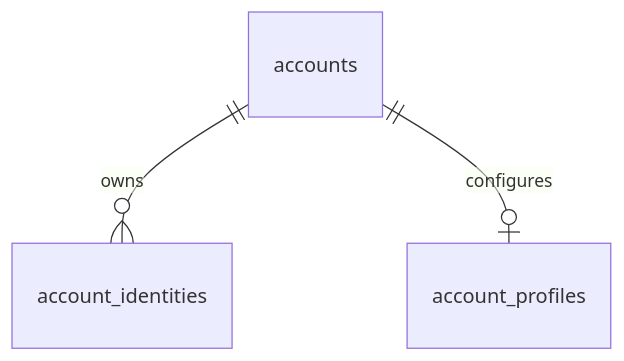
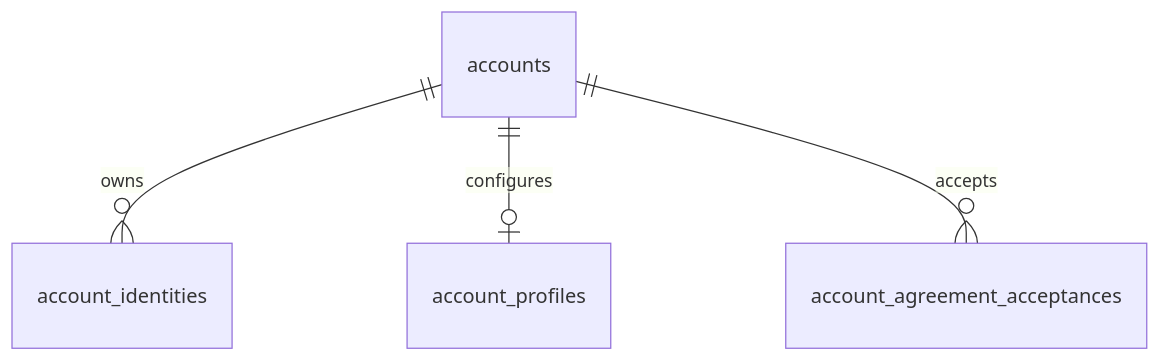
One commit to kkyosuke/me-builder changed the third of 4 diagrams in docs/architecture/account-data-isolation.md. Above: the diagram before and after it, drawn with Mermaid. The commit also changed other lines of this file and 52 other files, not shown here.

````diff
--- a/docs/architecture/account-data-isolation.md
+++ b/docs/architecture/account-data-isolation.md
@@ -105,5 +105,6 @@
 ```mermaid
 erDiagram
     accounts ||--o{ account_identities : owns
     accounts ||--o| account_profiles : configures
+    accounts ||--o{ account_agreement_acceptances : accepts
 ```
````
